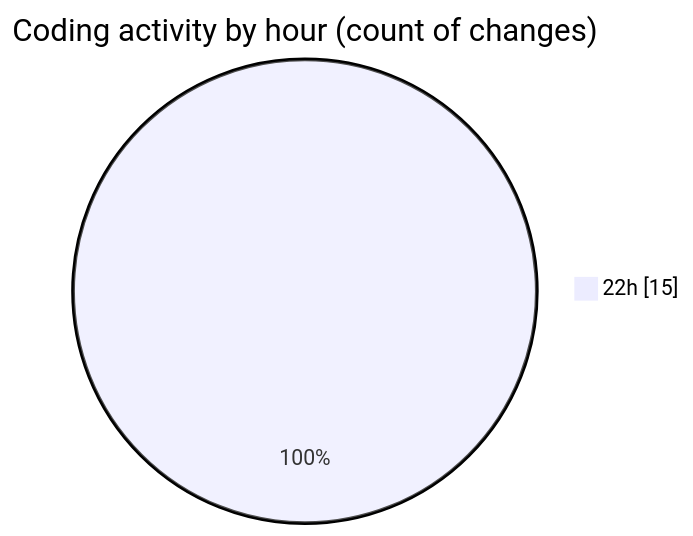
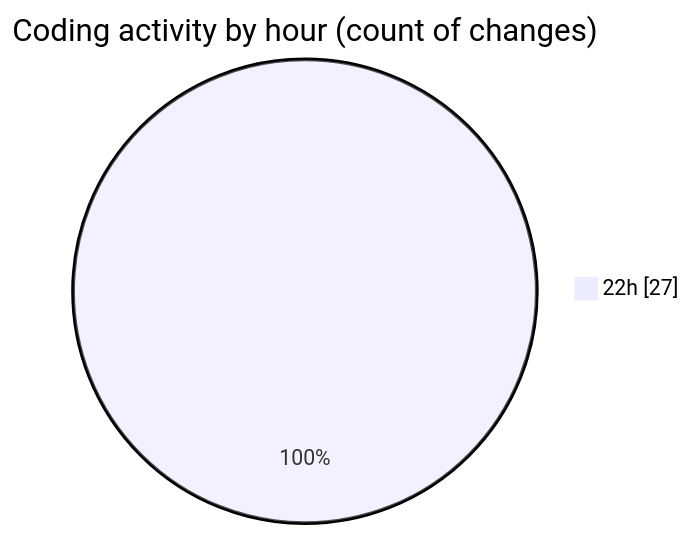
Before and after one commit to nxtqubesakshisongat/code-tracking: the second of 2 diagrams in 2025-10-23/javacript/README.md, drawn with Mermaid. The commit also changed other lines of this file and 1 other file, not shown here.

````diff
--- a/2025-10-23/javacript/README.md
+++ b/2025-10-23/javacript/README.md
@@ -28,5 +28,5 @@
 ```mermaid
 pie showData
 title Coding activity by hour (count of changes)
-"22h" : 15
+"22h" : 27
 ```
````
